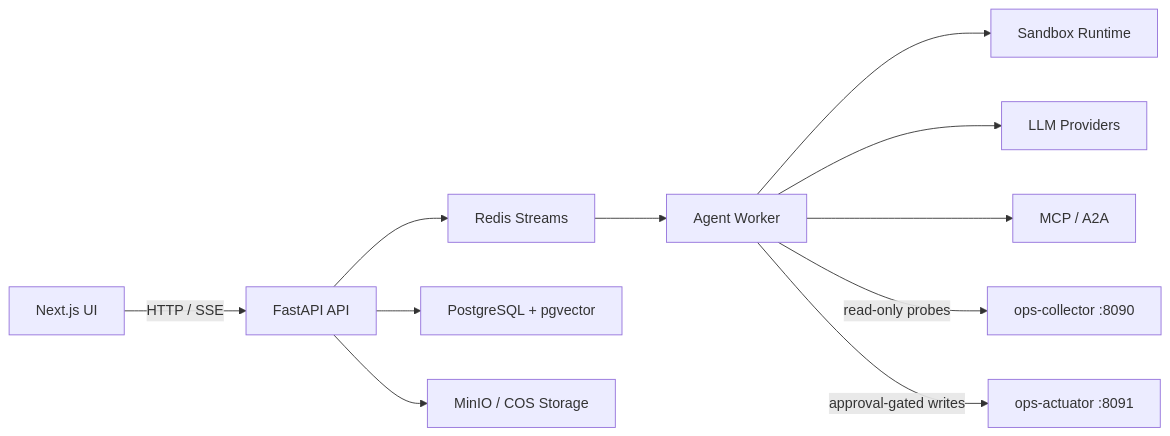
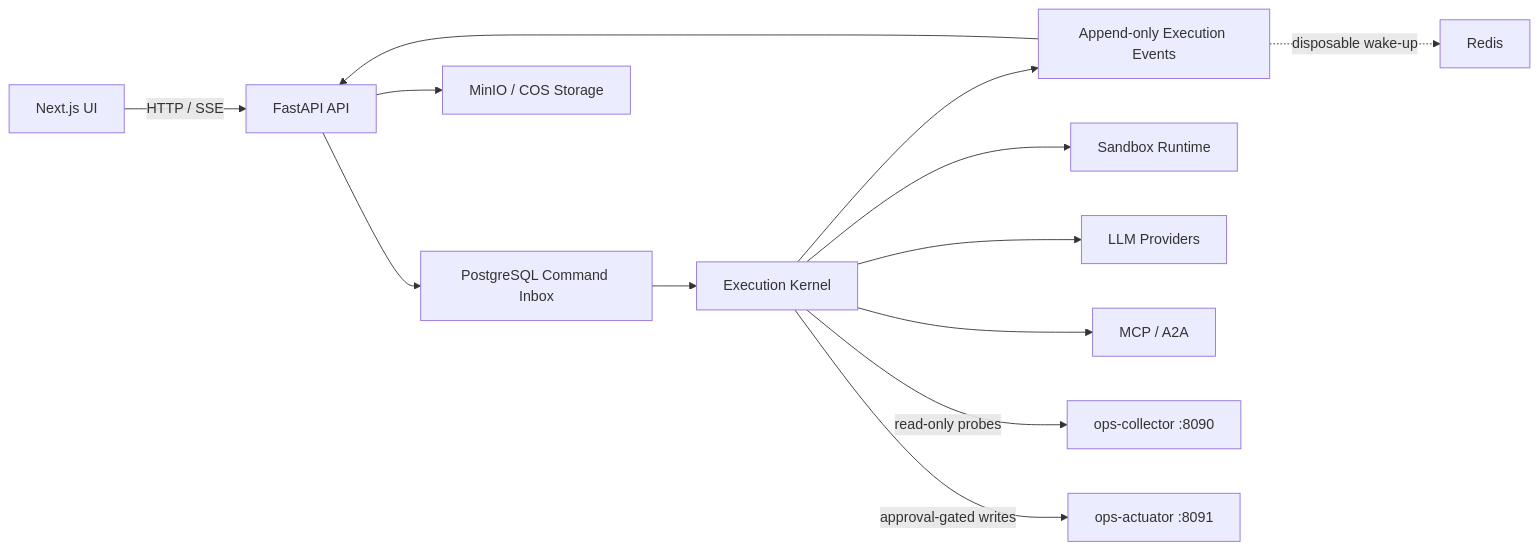
Before and after one commit to OceaLong/opencitadel: the diagram in README.md, drawn with Mermaid. The commit also changed other lines of this file and 1646 other files, not shown here.

First line of the commit message:
feat(database): initialize database schema and refactor environment configurations

````diff
--- a/README.md
+++ b/README.md
@@ -71,13 +73,15 @@
 ```mermaid
 flowchart LR
   UI["Next.js UI"] -->|"HTTP / SSE"| API["FastAPI API"]
-  API --> Redis["Redis Streams"]
-  API --> PG["PostgreSQL + pgvector"]
+  API --> Inbox["PostgreSQL Command Inbox"]
+  Inbox --> Kernel["Execution Kernel"]
+  Kernel --> Events["Append-only Execution Events"]
+  Events --> API
+  Events -.->|"disposable wake-up"| Redis["Redis"]
   API --> Storage["MinIO / COS Storage"]
-  Redis --> Worker["Agent Worker"]
-  Worker --> Sandbox["Sandbox Runtime"]
-  Worker --> LLM["LLM Providers"]
-  Worker --> MCP["MCP / A2A"]
-  Worker -->|"read-only probes"| Collector["ops-collector :8090"]
-  Worker -->|"approval-gated writes"| Actuator["ops-actuator :8091"]
+  Kernel --> Sandbox["Sandbox Runtime"]
+  Kernel --> LLM["LLM Providers"]
+  Kernel --> MCP["MCP / A2A"]
+  Kernel -->|"read-only probes"| Collector["ops-collector :8090"]
+  Kernel -->|"approval-gated writes"| Actuator["ops-actuator :8091"]
 ```
````
